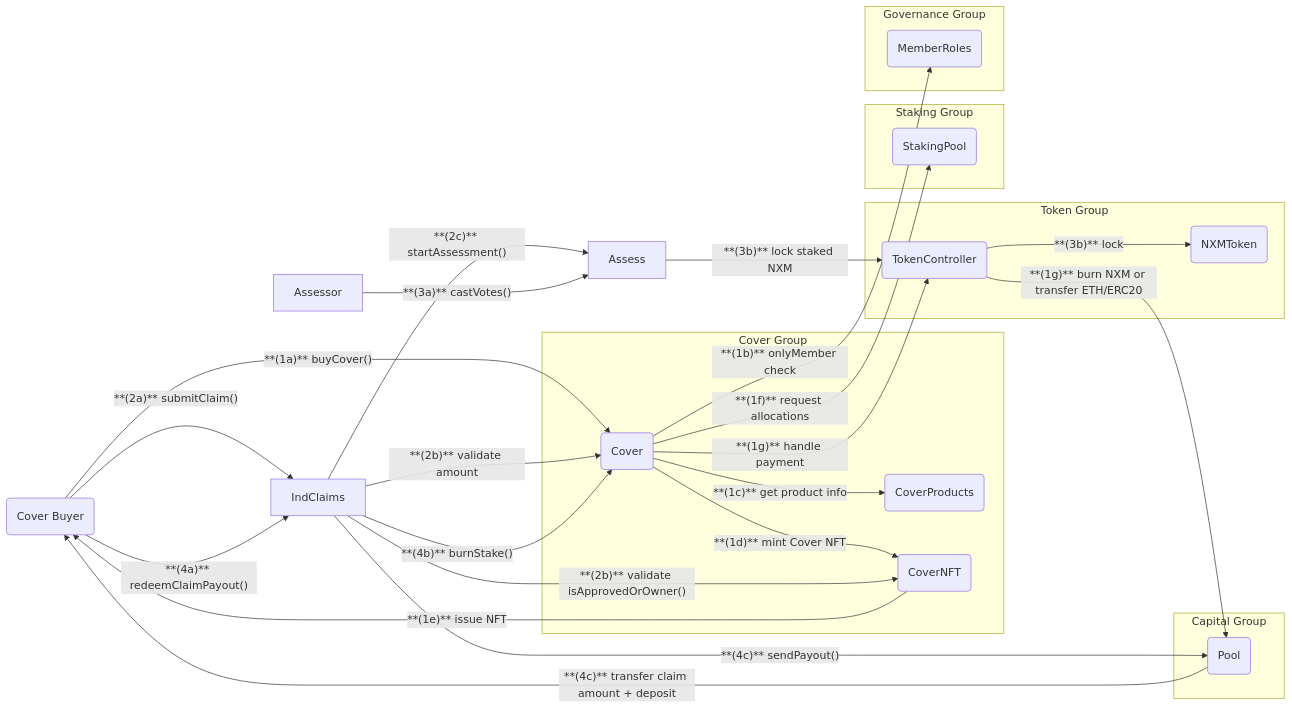
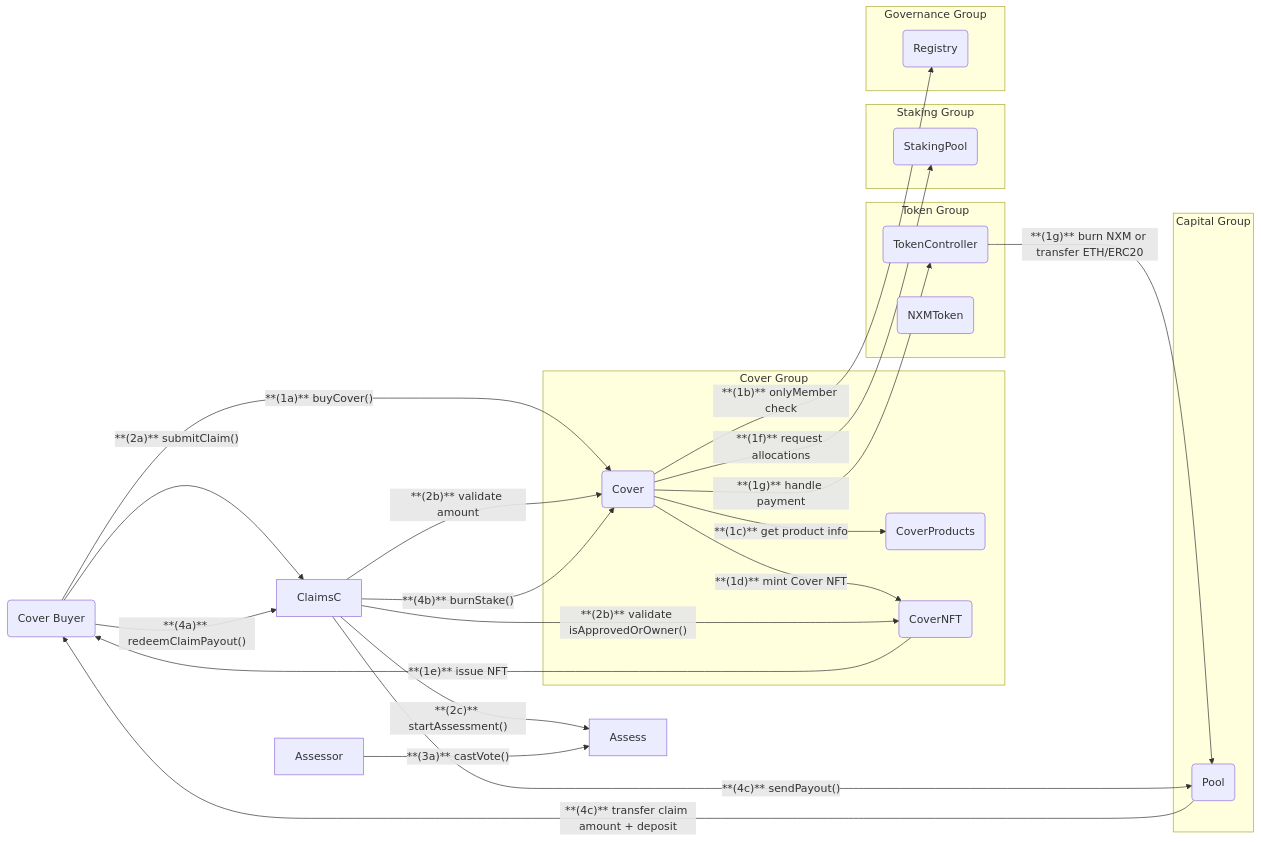
Before and after one commit to NexusMutual/docs: the first of 2 diagrams in docs/developers/Diagrams/Diagrams.md, drawn with Mermaid. The commit also changed other lines of this file and 8 other files, not shown here.

First line of the commit message:
docs: update diagrams and user flows for the current contracts

````diff
--- a/docs/developers/Diagrams/Diagrams.md
+++ b/docs/developers/Diagrams/Diagrams.md
@@ -27,54 +27,52 @@
 ```mermaid
 flowchart LR
     %% Actors & Contracts
     Buyer("Cover Buyer")
     subgraph "Cover Group"
       CoverC("Cover")
       CoverP("CoverProducts")
       CoverN("CoverNFT")
     end
 
     subgraph "Token Group"
       TC("TokenController")
       NXM("NXMToken")
     end
 
     subgraph "Capital Group"
       PoolC("Pool")
     end
 
     subgraph "Staking Group"
       SP("StakingPool")
     end
 
     subgraph "Governance Group"
-      MR("MemberRoles")
+      MR("Registry")
     end
 
     %% 1. Buy Cover (single tx)
     Buyer -->|"**(1a)** buyCover()"| CoverC
     CoverC -->|"**(1b)** onlyMember check"| MR
     CoverC -->|"**(1c)** get product info"| CoverP
     CoverC -->|"**(1d)** mint Cover NFT"| CoverN
     CoverN -->|"**(1e)** issue NFT"| Buyer
     CoverC -->|"**(1f)** request allocations"| SP
     CoverC -->|"**(1g)** handle payment"| TC
     TC -->|"**(1g)** burn NXM or transfer ETH/ERC20"| PoolC
 
     %% 2. Submit Claim (single tx)
-    Buyer -->|"**(2a)** submitClaim()"| IndClaims
-    IndClaims -->|"**(2b)** validate isApprovedOrOwner()"| CoverN
-    IndClaims -->|"**(2b)** validate amount"| CoverC
-    IndClaims -->|"**(2c)** startAssessment()"| Assess
+    Buyer -->|"**(2a)** submitClaim()"| ClaimsC
+    ClaimsC -->|"**(2b)** validate isApprovedOrOwner()"| CoverN
+    ClaimsC -->|"**(2b)** validate amount"| CoverC
+    ClaimsC -->|"**(2c)** startAssessment()"| Assess
 
     %% 3. Assessment Process (multiple tx)
-    Assessor -->|"**(3a)** castVotes()"| Assess
-    Assess -->|"**(3b)** lock staked NXM"| TC
-    TC -->|"**(3b)** lock"| NXM
+    Assessor -->|"**(3a)** castVote()"| Assess
 
     %% 4. Claim Payout (single tx)
-    Buyer -->|"**(4a)** redeemClaimPayout()"| IndClaims
-    IndClaims -->|"**(4b)** burnStake()"| CoverC
-    IndClaims -->|"**(4c)** sendPayout()"| PoolC
+    Buyer -->|"**(4a)** redeemClaimPayout()"| ClaimsC
+    ClaimsC -->|"**(4b)** burnStake()"| CoverC
+    ClaimsC -->|"**(4c)** sendPayout()"| PoolC
     PoolC -->|"**(4c)** transfer claim amount + deposit"| Buyer
 ```
````
